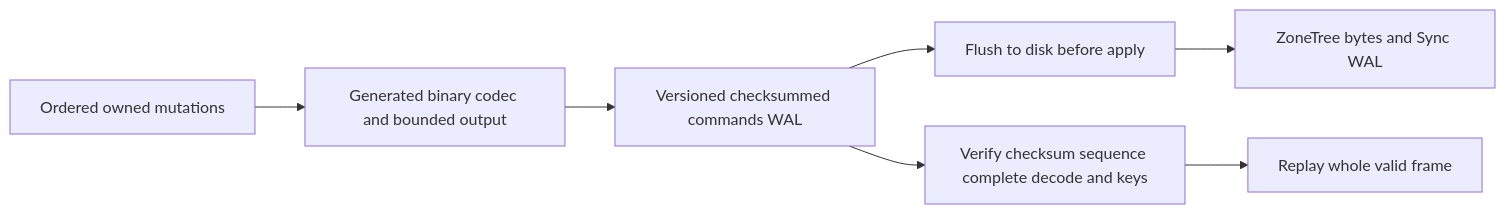
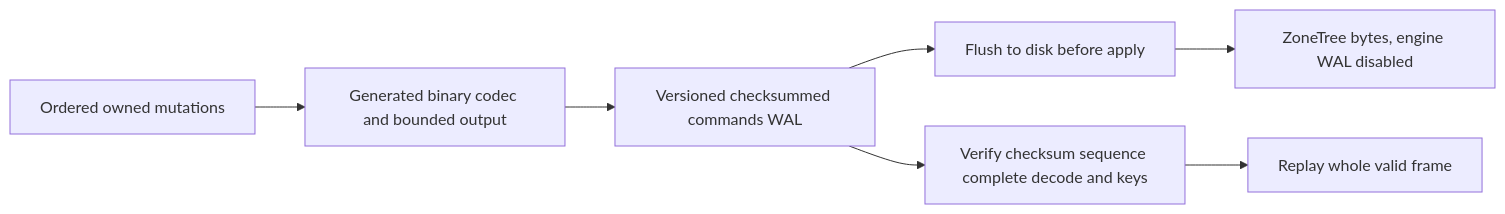
One commit to managedcode/KeyLoad changed the diagram in docs/ADR/ADR-057-orleans-atomic-wal.md. Above: the diagram before and after it, drawn with Mermaid. The commit also changed other lines of this file and 6 other files, not shown here.

````diff
--- a/docs/ADR/ADR-057-orleans-atomic-wal.md
+++ b/docs/ADR/ADR-057-orleans-atomic-wal.md
@@ -11,9 +11,9 @@
 ```mermaid
 flowchart LR
     Stage[Ordered owned mutations] --> Orleans[Generated binary codec and bounded output]
     Orleans --> Journal[Versioned checksummed commands WAL]
     Journal --> Flush[Flush to disk before apply]
-    Flush --> Tree[ZoneTree bytes and Sync WAL]
+    Flush --> Tree[ZoneTree bytes, engine WAL disabled]
     Journal --> Verify[Verify checksum sequence complete decode and keys]
     Verify --> Replay[Replay whole valid frame]
 ```
````
